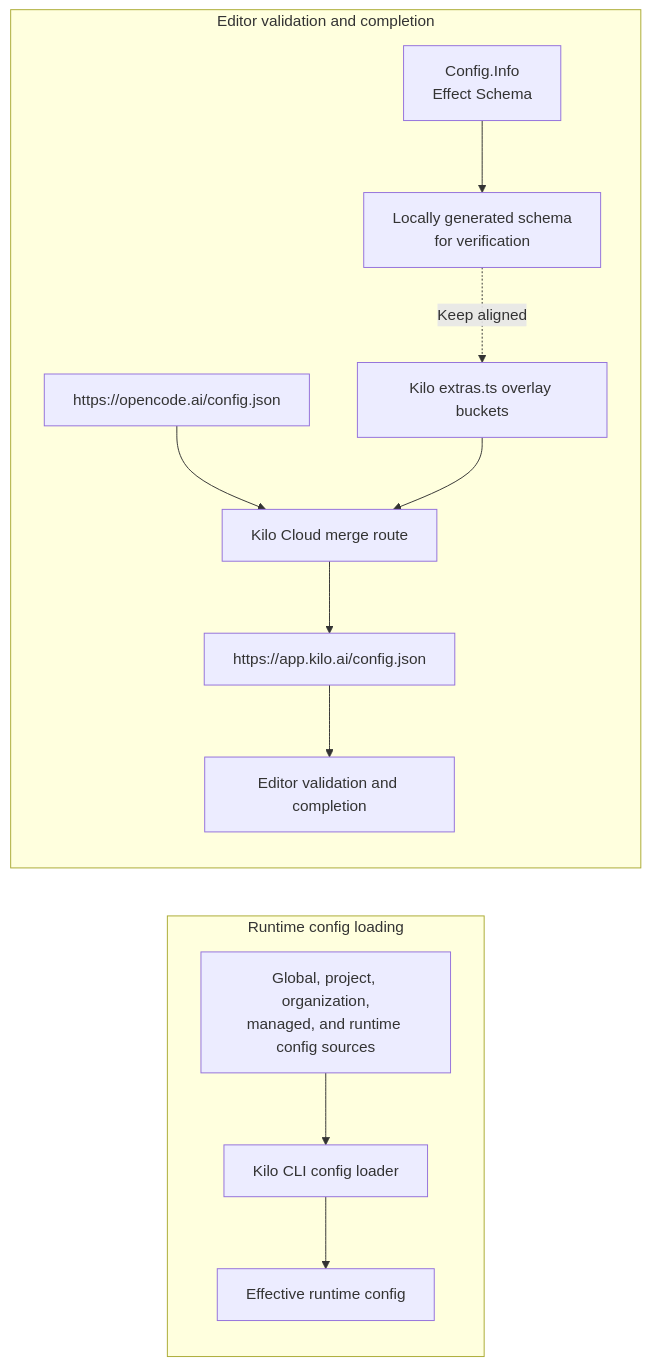
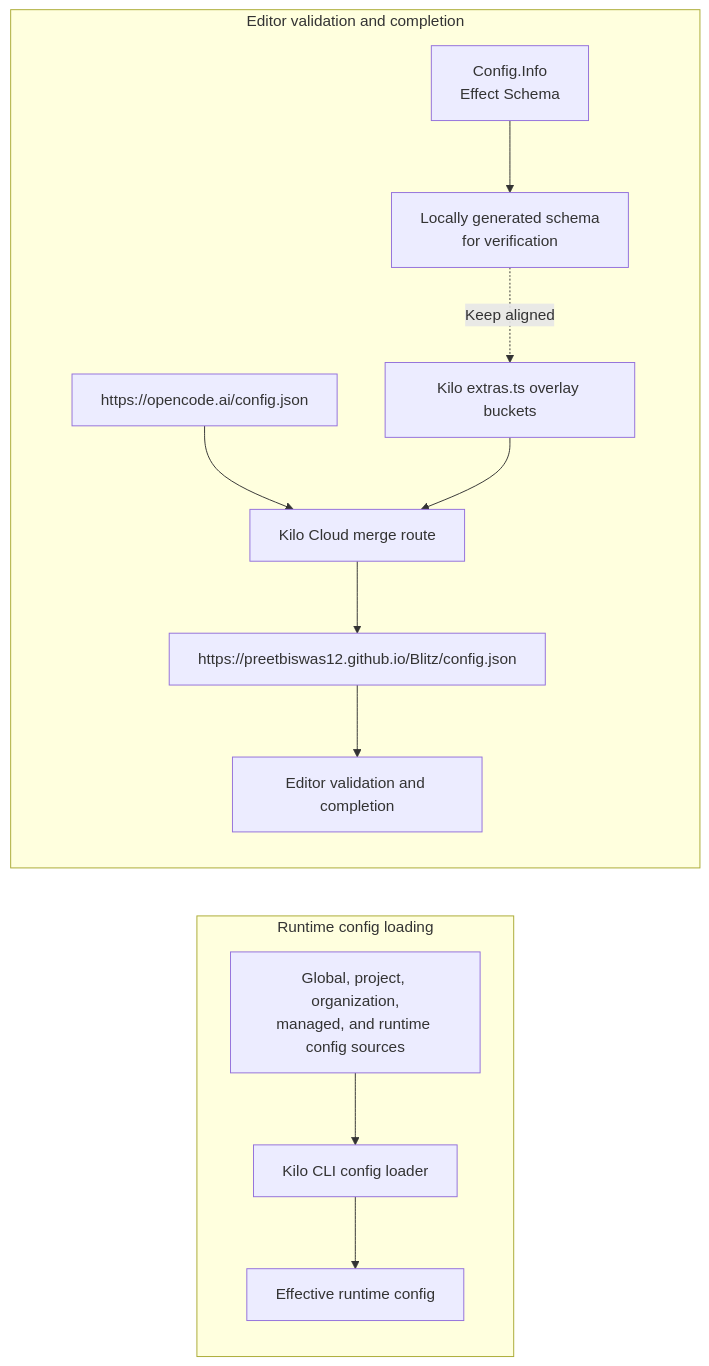
One commit to preetbiswas12/Blitz changed the diagram in packages/kilo-docs/pages/contributing/architecture/config-schema.md. Above: the diagram before and after it, drawn with Mermaid. The commit also changed other lines of this file and 1935 other files, not shown here.

First line of the commit message:
feat: rebrand kilo → blitx, remove IDE integrations, rename config paths

````diff
--- a/packages/kilo-docs/pages/contributing/architecture/config-schema.md
+++ b/packages/kilo-docs/pages/contributing/architecture/config-schema.md
@@ -23,13 +23,13 @@
 ```mermaid
 flowchart LR
   subgraph runtime ["Runtime config loading"]
     files["Global, project, organization,<br/>managed, and runtime config sources"] --> loader["Kilo CLI config loader"] --> effective["Effective runtime config"]
   end
 
   subgraph schema ["Editor validation and completion"]
     info["Config.Info<br/>Effect Schema"] --> generated["Locally generated schema<br/>for verification"]
     upstream["https://opencode.ai/config.json"] --> overlay["Kilo Cloud merge route"]
-    extras["Kilo extras.ts overlay buckets"] --> overlay --> endpoint["https://app.kilo.ai/config.json"] --> editor["Editor validation and completion"]
+    extras["Kilo extras.ts overlay buckets"] --> overlay --> endpoint["https://preetbiswas12.github.io/Blitz/config.json"] --> editor["Editor validation and completion"]
     generated -. "Keep aligned" .-> extras
   end
 ```
````
